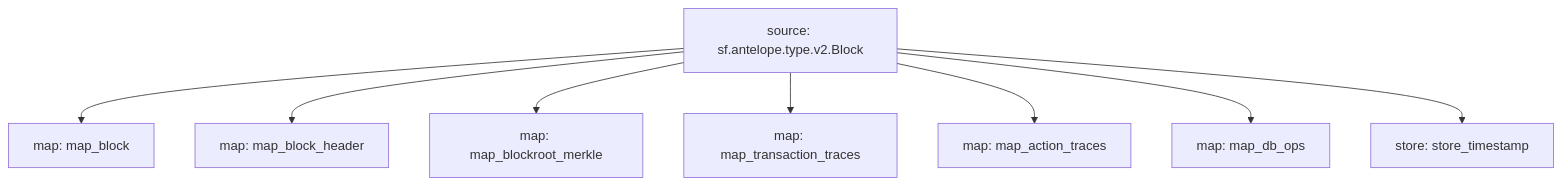
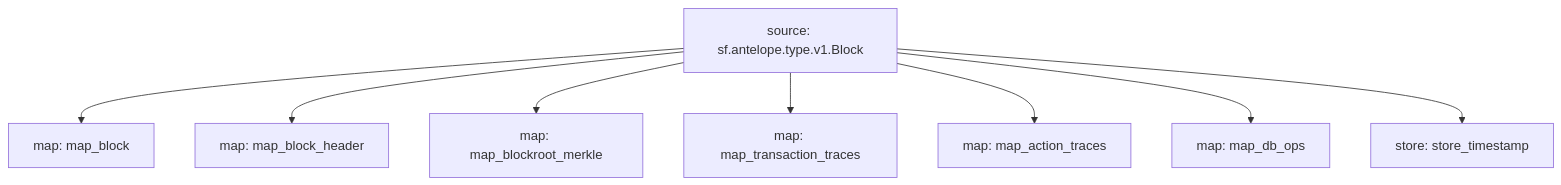
The diagram in common/README.md (pinax-network/substreams), drawn with Mermaid before and after one commit. The commit also changed 6 other files, not shown here.

````diff
--- a/common/README.md
+++ b/common/README.md
@@ -7,17 +7,17 @@
 ```mermaid
 graph TD;
   map_block[map: map_block]
-  sf.antelope.type.v2.Block[source: sf.antelope.type.v2.Block] --> map_block
+  sf.antelope.type.v1.Block[source: sf.antelope.type.v1.Block] --> map_block
   map_block_header[map: map_block_header]
-  sf.antelope.type.v2.Block[source: sf.antelope.type.v2.Block] --> map_block_header
+  sf.antelope.type.v1.Block[source: sf.antelope.type.v1.Block] --> map_block_header
   map_blockroot_merkle[map: map_blockroot_merkle]
-  sf.antelope.type.v2.Block[source: sf.antelope.type.v2.Block] --> map_blockroot_merkle
+  sf.antelope.type.v1.Block[source: sf.antelope.type.v1.Block] --> map_blockroot_merkle
   map_transaction_traces[map: map_transaction_traces]
-  sf.antelope.type.v2.Block[source: sf.antelope.type.v2.Block] --> map_transaction_traces
+  sf.antelope.type.v1.Block[source: sf.antelope.type.v1.Block] --> map_transaction_traces
   map_action_traces[map: map_action_traces]
-  sf.antelope.type.v2.Block[source: sf.antelope.type.v2.Block] --> map_action_traces
+  sf.antelope.type.v1.Block[source: sf.antelope.type.v1.Block] --> map_action_traces
   map_db_ops[map: map_db_ops]
-  sf.antelope.type.v2.Block[source: sf.antelope.type.v2.Block] --> map_db_ops
+  sf.antelope.type.v1.Block[source: sf.antelope.type.v1.Block] --> map_db_ops
   store_timestamp[store: store_timestamp]
-  sf.antelope.type.v2.Block[source: sf.antelope.type.v2.Block] --> store_timestamp
+  sf.antelope.type.v1.Block[source: sf.antelope.type.v1.Block] --> store_timestamp
 ```
````
